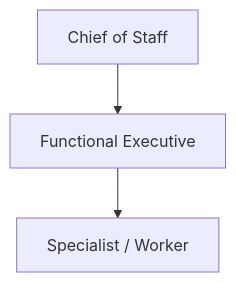
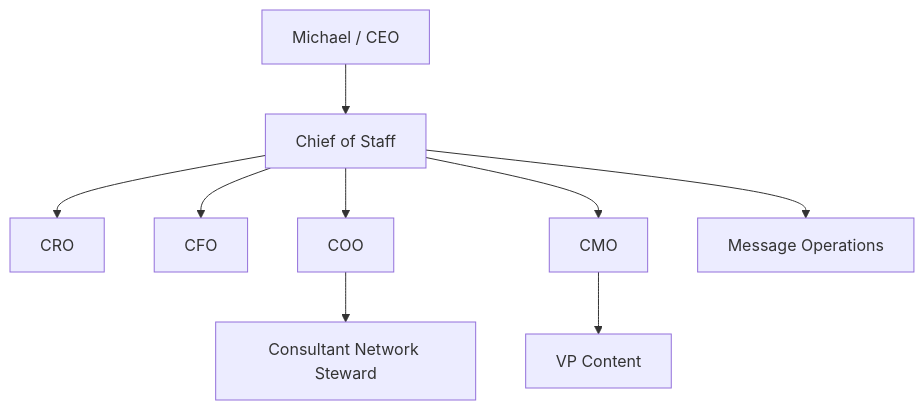
The first of 2 diagrams in docs/delegation-model.md (mkleinbe/mesh-ai-agent-cos-universe), drawn with Mermaid before and after one commit. The commit also changed other lines of this file, not shown here.

````diff
--- a/docs/delegation-model.md
+++ b/docs/delegation-model.md
@@ -7,7 +7,11 @@
 ```mermaid
 flowchart TB
-    COS[Chief of Staff]
-    FE[Functional Executive]
-    SW[Specialist / Worker]
-    COS --> FE --> SW
+    M[Michael / CEO] --> C[Chief of Staff]
+    C --> CRO[CRO]
+    C --> CFO[CFO]
+    C --> COO[COO]
+    COO --> CNS[Consultant Network Steward]
+    C --> CMO[CMO]
+    CMO --> VPC[VP Content]
+    C --> MSG[Message Operations]
 ```
````
